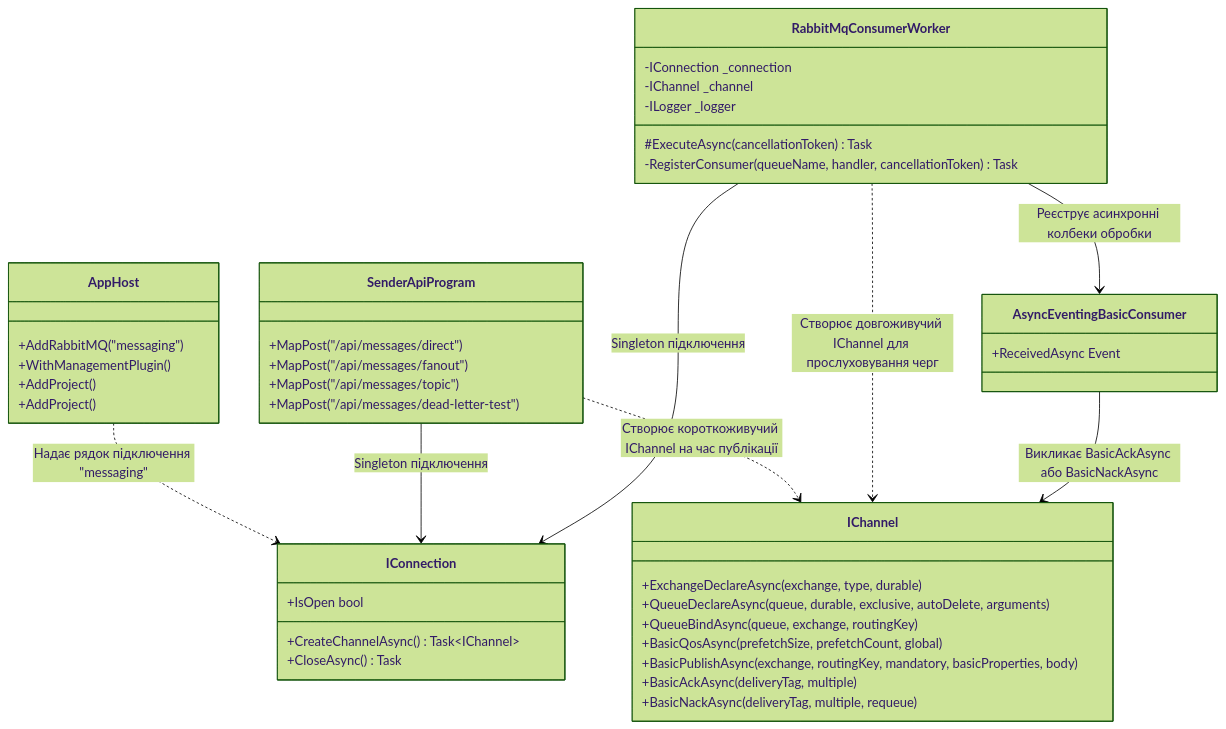
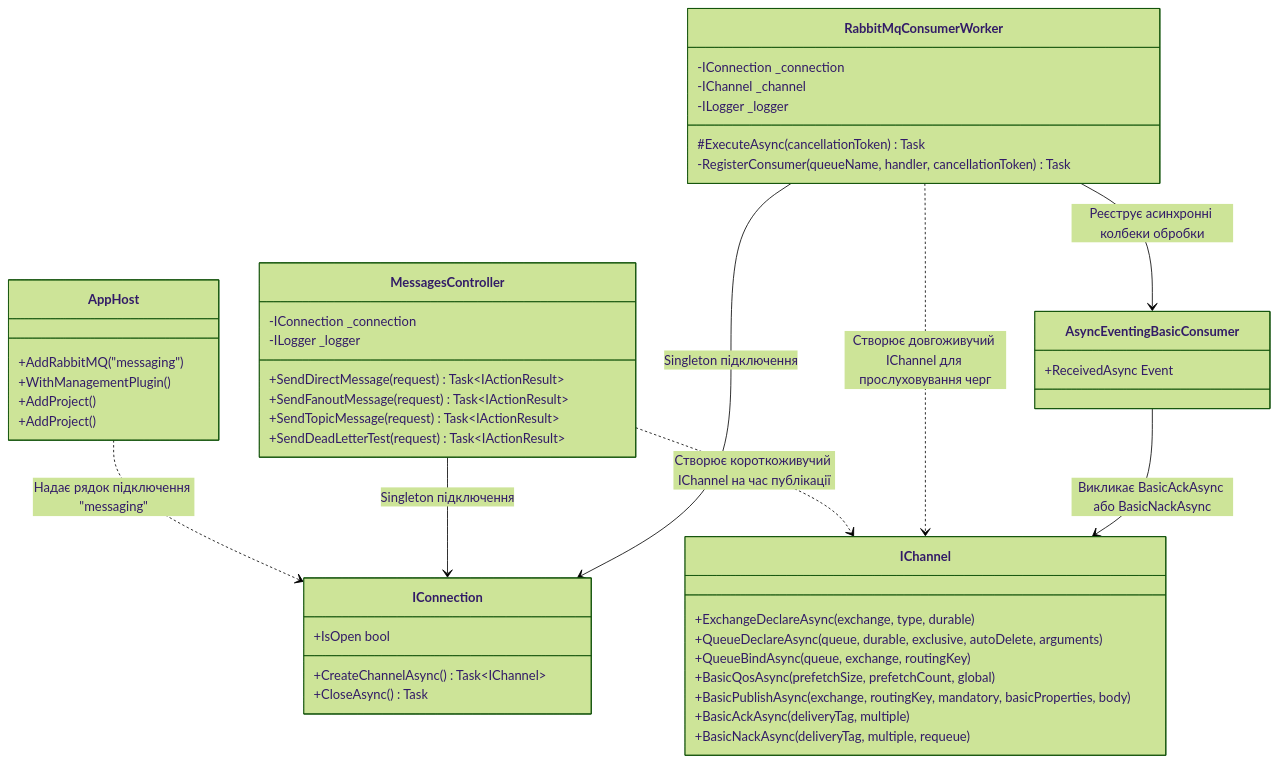
The first of 5 diagrams in 03-RabbitMQ-LowLevel/STRUCTURE-AND-DATA-FLOW.md (MrTomkaYurii/Microservices-Aspire-Mastery), drawn with Mermaid (forest theme) before and after one commit. The commit also changed other lines of this file and 7 other files, not shown here.

Commit message:
docs: update all STRUCTURE-AND-DATA-FLOW.md and README.md files from Minimal API to ASP.NET Core Controllers

````diff
--- a/03-RabbitMQ-LowLevel/STRUCTURE-AND-DATA-FLOW.md
+++ b/03-RabbitMQ-LowLevel/STRUCTURE-AND-DATA-FLOW.md
@@ -38,52 +42,54 @@
 ```mermaid
 classDiagram
     class AppHost {
         +AddRabbitMQ("messaging")
         +WithManagementPlugin()
         +AddProject<Sender_Api>()
         +AddProject<Receiver_Worker>()
     }
 
     class IConnection {
         +CreateChannelAsync() Task~IChannel~
         +IsOpen bool
         +CloseAsync() Task
     }
 
     class IChannel {
         +ExchangeDeclareAsync(exchange, type, durable)
         +QueueDeclareAsync(queue, durable, exclusive, autoDelete, arguments)
         +QueueBindAsync(queue, exchange, routingKey)
         +BasicQosAsync(prefetchSize, prefetchCount, global)
         +BasicPublishAsync(exchange, routingKey, mandatory, basicProperties, body)
         +BasicAckAsync(deliveryTag, multiple)
         +BasicNackAsync(deliveryTag, multiple, requeue)
     }
 
-    class SenderApiProgram {
-        +MapPost("/api/messages/direct")
-        +MapPost("/api/messages/fanout")
-        +MapPost("/api/messages/topic")
-        +MapPost("/api/messages/dead-letter-test")
+    class MessagesController {
+        -IConnection _connection
+        -ILogger _logger
+        +SendDirectMessage(request) Task~IActionResult~
+        +SendFanoutMessage(request) Task~IActionResult~
+        +SendTopicMessage(request) Task~IActionResult~
+        +SendDeadLetterTest(request) Task~IActionResult~
     }
 
     class RabbitMqConsumerWorker {
         -IConnection _connection
         -IChannel _channel
         -ILogger _logger
         #ExecuteAsync(cancellationToken) Task
         -RegisterConsumer(queueName, handler, cancellationToken) Task
     }
 
     class AsyncEventingBasicConsumer {
         +ReceivedAsync Event
     }
 
     AppHost ..> IConnection : Надає рядок підключення "messaging"
-    SenderApiProgram --> IConnection : Singleton підключення
-    SenderApiProgram ..> IChannel : Створює короткоживучий IChannel на час публікації
+    MessagesController --> IConnection : Singleton підключення
+    MessagesController ..> IChannel : Створює короткоживучий IChannel на час публікації
     RabbitMqConsumerWorker --> IConnection : Singleton підключення
     RabbitMqConsumerWorker ..> IChannel : Створює довгоживучий IChannel для прослуховування черг
     RabbitMqConsumerWorker --> AsyncEventingBasicConsumer : Реєструє асинхронні колбеки обробки
     AsyncEventingBasicConsumer --> IChannel : Викликає BasicAckAsync або BasicNackAsync
 ```
````
